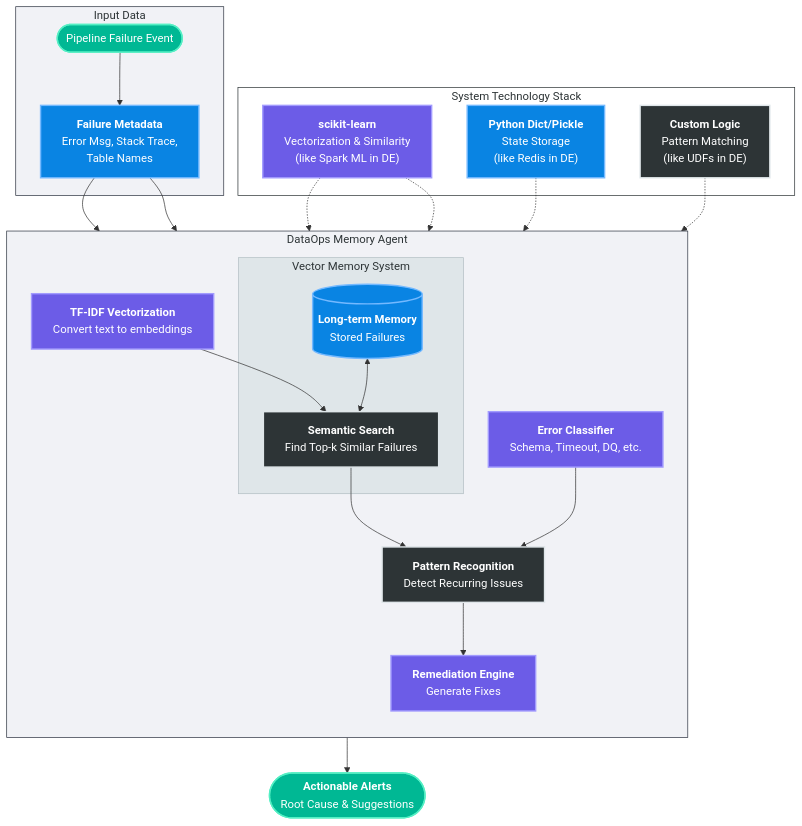
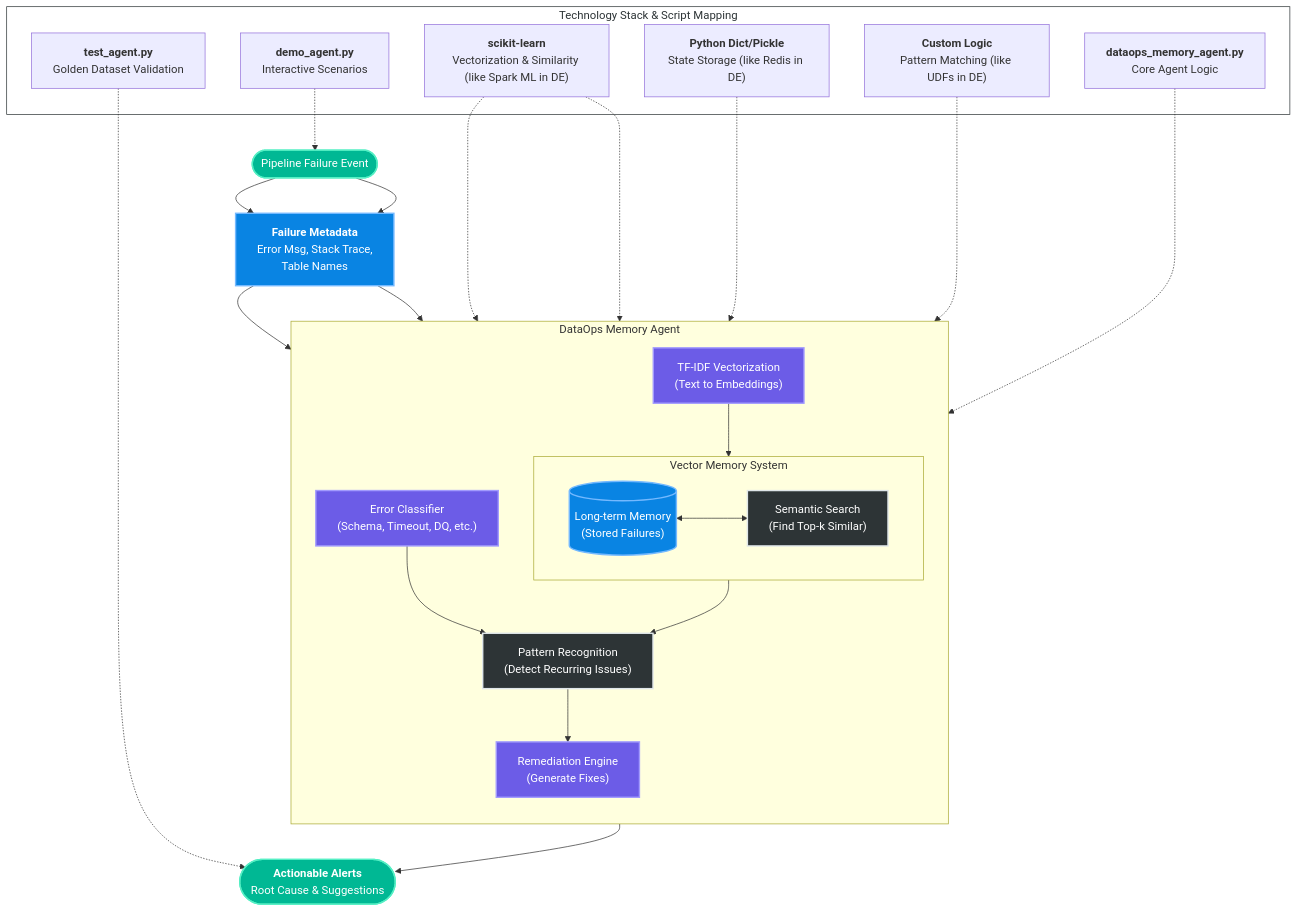
One commit to visuvishwa99/agentic-ai-foundations changed the diagram in week6/DataOpsMemoryAgent.mmd. Above: the diagram before and after it, drawn with Mermaid. The commit also changed 16 other files, not shown here.

Commit message:
Add Week 7: Advanced RAG Pipeline with Query Enhancement, Hybrid Search, Reranking & Structured Output

```diff
--- a/week6/DataOpsMemoryAgent.mmd
+++ b/week6/DataOpsMemoryAgent.mmd
@@ -1,67 +1,73 @@
 flowchart TD
-    %% Global Graph Configuration
+    %% Input Layer
+    Start(["Pipeline Failure Event"]) --> InputData["<b>Failure Metadata</b><br/>Error Msg, Stack Trace,<br/>Table Names"]
 
-    %% --- Section 1: Technology Stack Reference ---
-    subgraph Tech_Stack [System Technology Stack]
-        Stack1["<b>scikit-learn</b><br/>Vectorization & Similarity<br/>(like Spark ML in DE)"]:::process
-        Stack2["<b>Python Dict/Pickle</b><br/>State Storage<br/>(like Redis in DE)"]:::storage
-        Stack3["<b>Custom Logic</b><br/>Pattern Matching<br/>(like UDFs in DE)"]:::logic
-    end
-
-    %% --- Section 2: Input Flow ---
-    subgraph Input_Flow [Input Data]
-        Start([Pipeline Failure Event]):::user
-        InputData["<b>Failure Metadata</b><br/>Error Msg, Stack Trace,<br/>Table Names"]:::storage
-    end
-
-    %% --- Section 3: Core Agent Logic ---
+    %% Core Agent Logic Subgraph
     subgraph Agent_Core [DataOps Memory Agent]
         direction TB
         
         %% Vectorization Step
-        Vectorize["<b>TF-IDF Vectorization</b><br/>Convert text to embeddings"]:::process
+        Vectorize["TF-IDF Vectorization<br/>(Text to Embeddings)"]
         
         %% Memory Interaction
         subgraph Memory_System [Vector Memory System]
-            Storage[("<b>Long-term Memory</b><br/>Stored Failures")]:::storage
-            Search["<b>Semantic Search</b><br/>Find Top-k Similar Failures"]:::logic
+            direction LR
+            Storage[("Long-term Memory<br/>(Stored Failures)")]
+            Search["Semantic Search<br/>(Find Top-k Similar)"]
         end
         
         %% Analysis
-        Classify["<b>Error Classifier</b><br/>Schema, Timeout, DQ, etc."]:::process
-        Pattern["<b>Pattern Recognition</b><br/>Detect Recurring Issues"]:::logic
-        Suggest["<b>Remediation Engine</b><br/>Generate Fixes"]:::process
+        Classify["Error Classifier<br/>(Schema, Timeout, DQ, etc.)"]
+        Pattern["Pattern Recognition<br/>(Detect Recurring Issues)"]
+        Suggest["Remediation Engine<br/>(Generate Fixes)"]
     end
 
-    %% --- Section 4: Output ---
-    End([<b>Actionable Alerts</b><br/>Root Cause & Suggestions]):::user
+    %% Output Layer
+    End(["<b>Actionable Alerts</b><br/>Root Cause & Suggestions"])
 
     %% Connections
     Start --> InputData
     InputData --> Vectorize
     Vectorize --> Search
     Storage <--> Search
     Search --> Pattern
     InputData --> Classify
     Classify --> Pattern
     Pattern --> Suggest
     Suggest --> End
 
+    %% Technology Stack & Script Mapping
+    subgraph Tech_Stack [Technology Stack & Script Mapping]
+        Stack1["<b>scikit-learn</b><br/>Vectorization & Similarity (like Spark ML in DE)"]
+        Stack2["<b>Python Dict/Pickle</b><br/>State Storage (like Redis in DE)"]
+        Stack3["<b>Custom Logic</b><br/>Pattern Matching (like UDFs in DE)"]
+        CoreScript["<b>dataops_memory_agent.py</b><br/>Core Agent Logic"]
+        TestScript["<b>test_agent.py</b><br/>Golden Dataset Validation"]
+        DemoScript["<b>demo_agent.py</b><br/>Interactive Scenarios"]
+    end
+
     %% Tech Stack Connections
     Stack1 -.-> Vectorize
     Stack1 -.-> Search
     Stack2 -.-> Storage
     Stack3 -.-> Classify
 
-    %% Styling to match Subgraphs
+    %% Script-to-Architecture Mapping
+    CoreScript -.-> Agent_Core
+    TestScript -.-> End
+    DemoScript -.-> Start
+
+    %% Apply Styles
+    class Start,End user
+    class Vectorize,Classify,Suggest process
+    class Storage,InputData storage
+    class Search,Pattern logic
+
     style Tech_Stack fill:#fff,stroke:#2d3436,stroke-width:1px,color:#2d3436
-    style Input_Flow fill:#f1f2f6,stroke:#2f3542,stroke-width:1px,color:#2d3436
-    style Agent_Core fill:#f1f2f6,stroke:#2f3542,stroke-width:1px,color:#2d3436
-    style Memory_System fill:#dfe6e9,stroke:#b2bec3,stroke-width:1px,color:#2d3436
 
     %% Global Style Block
     classDef logic fill:#2d3436,stroke:#dfe6e9,stroke-width:2px,color:#fff
     classDef storage fill:#0984e3,stroke:#74b9ff,stroke-width:2px,color:#fff
     classDef process fill:#6c5ce7,stroke:#a29bfe,stroke-width:2px,color:#fff
     classDef user fill:#00b894,stroke:#55efc4,stroke-width:2px,color:#fff
     classDef group fill:#f1f2f6,stroke:#2f3542,stroke-width:1px,color:#2d3436
```
